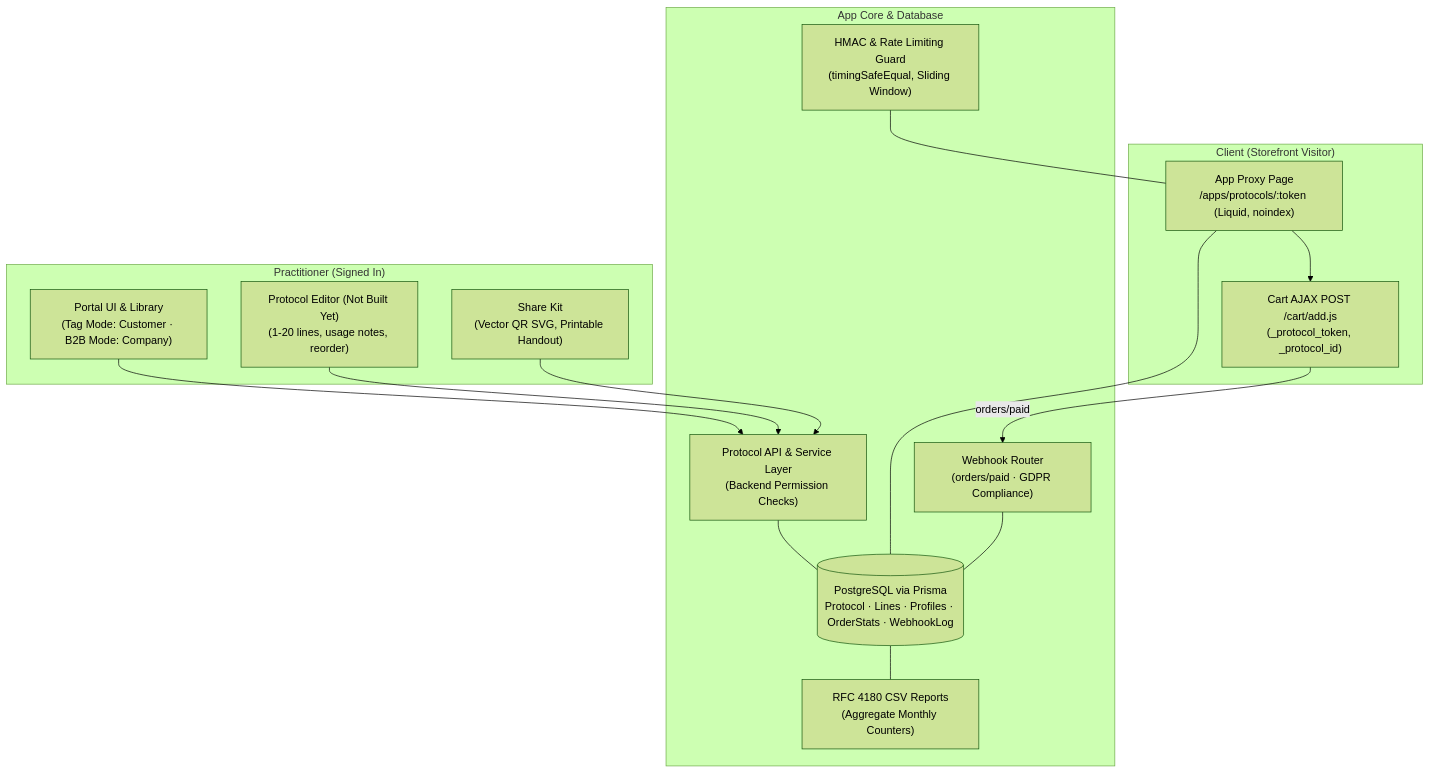
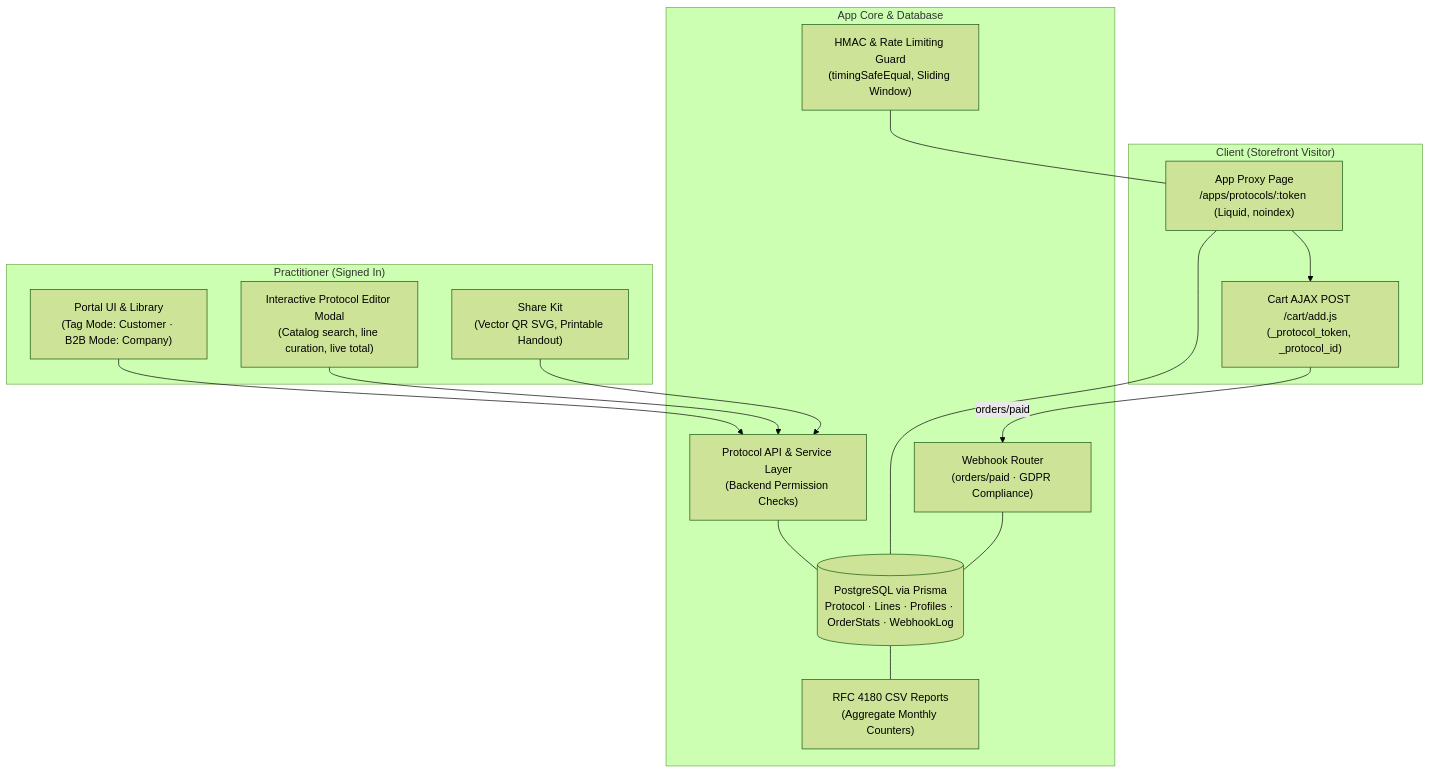
Before and after one commit to arsalan-arshad/practitioner-protocols: the diagram in README.md, drawn with Mermaid (forest theme). The commit also changed other lines of this file and 2 other files, not shown here.

Commit message:
docs(release): update README, architecture, and test suite for release readiness (M8)

````diff
--- a/README.md
+++ b/README.md
@@ -101,32 +110,32 @@
 ```mermaid
 flowchart TD
     subgraph Practitioner ["Practitioner (Signed In)"]
         UI["Portal UI & Library\n(Tag Mode: Customer · B2B Mode: Company)"]
-        ED["Protocol Editor (Not Built Yet)\n(1-20 lines, usage notes, reorder)"]
+        ED["Interactive Protocol Editor Modal\n(Catalog search, line curation, live total)"]
         SH["Share Kit\n(Vector QR SVG, Printable Handout)"]
     end
 
     subgraph App ["App Core & Database"]
         SEC["HMAC & Rate Limiting Guard\n(timingSafeEqual, Sliding Window)"]
         API["Protocol API & Service Layer\n(Backend Permission Checks)"]
         DB[("PostgreSQL via Prisma\nProtocol · Lines · Profiles · OrderStats · WebhookLog")]
         RL["RFC 4180 CSV Reports\n(Aggregate Monthly Counters)"]
         WH["Webhook Router\n(orders/paid · GDPR Compliance)"]
     end
 
     subgraph Client ["Client (Storefront Visitor)"]
         PX["App Proxy Page\n/apps/protocols/:token (Liquid, noindex)"]
         CART["Cart AJAX POST /cart/add.js\n(_protocol_token, _protocol_id)"]
     end
 
     UI --> API
     ED --> API
     SH --> API
     API --- DB
     SEC --- PX
     PX --- DB
     PX --> CART
     CART -->|"orders/paid"| WH
     WH --- DB
     DB --- RL
 ```
````
